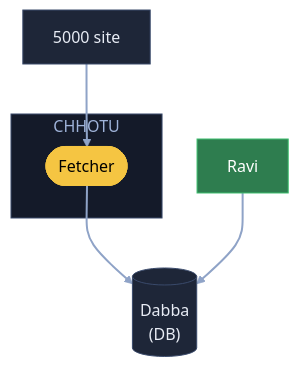
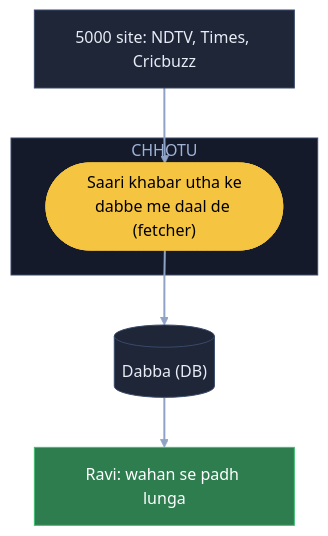
Before and after one commit to ArpanMaheshwari144/Prep: the first of 11 diagrams in 04_HLD/SYSTEM_DESIGNS/08_news_aggregator/08_news_aggregator.md, drawn with Mermaid. The commit also changed other lines of this file, not shown here.

Commit message:
News: 11 diagram hand notes ke shabdon se; K6 se apna jodा timeout / circuit breaker hataya

````diff
--- a/04_HLD/SYSTEM_DESIGNS/08_news_aggregator/08_news_aggregator.md
+++ b/04_HLD/SYSTEM_DESIGNS/08_news_aggregator/08_news_aggregator.md
@@ -31,18 +31,18 @@
 ```mermaid
 flowchart TB
-    S["5000 site"]:::card
+    S["5000 site: NDTV, Times, Cricbuzz"]:::card
     subgraph CH["CHHOTU"]
-        C(["Fetcher"]):::pill
+        C(["Saari khabar utha ke<br/>dabbe me daal de (fetcher)"]):::pill
     end
-    D[("Dabba<br/>(DB)")]:::card
-    A["Ravi"]:::good
+    D[("Dabba (DB)")]:::card
+    R["Ravi: wahan se padh lunga"]:::good
     S --> C
     C --> D
-    A --> D
+    D --> R
     linkStyle default stroke:#8fa3c7,stroke-width:2px
     classDef card fill:#1e2638,stroke:#3a4a6b,color:#e8ecf5
     classDef pill fill:#f5c542,stroke:#f5c542,color:#000
     classDef good fill:#2e7d4f,stroke:#3fbf6f,color:#fff
     classDef bad fill:#5c1f24,stroke:#e05561,color:#fff
     style CH fill:#141a29,stroke:#3a4a6b,color:#9fb3d9
 ```
````
